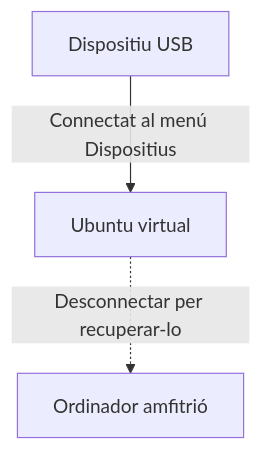
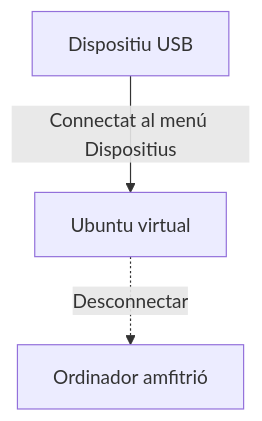
One commit to sllado1/Apunts changed the third of 3 diagrams in docs/SMX/M222SO/5_VirtualBox.md. Above: the diagram before and after it, drawn with Mermaid.

Commit message:
Fix USB- flowchart

````diff
--- a/docs/SMX/M222SO/5_VirtualBox.md
+++ b/docs/SMX/M222SO/5_VirtualBox.md
@@ -157,5 +157,5 @@
 ```mermaid
 flowchart TD
     U["Dispositiu USB"] -->|Connectat al menú Dispositius| VM["Ubuntu virtual"]
-    VM -. "Desconnectar per recuperar-lo" .-> H["Ordinador amfitrió"]
+    VM -. "Desconnectar" .-> H["Ordinador amfitrió"]
 ```
````
